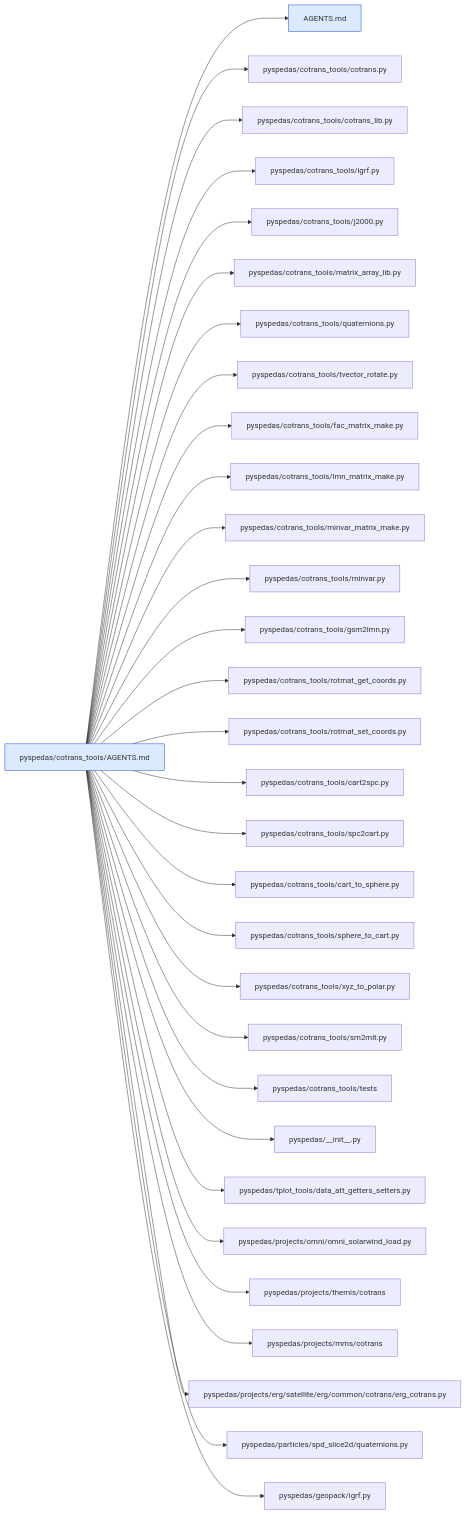
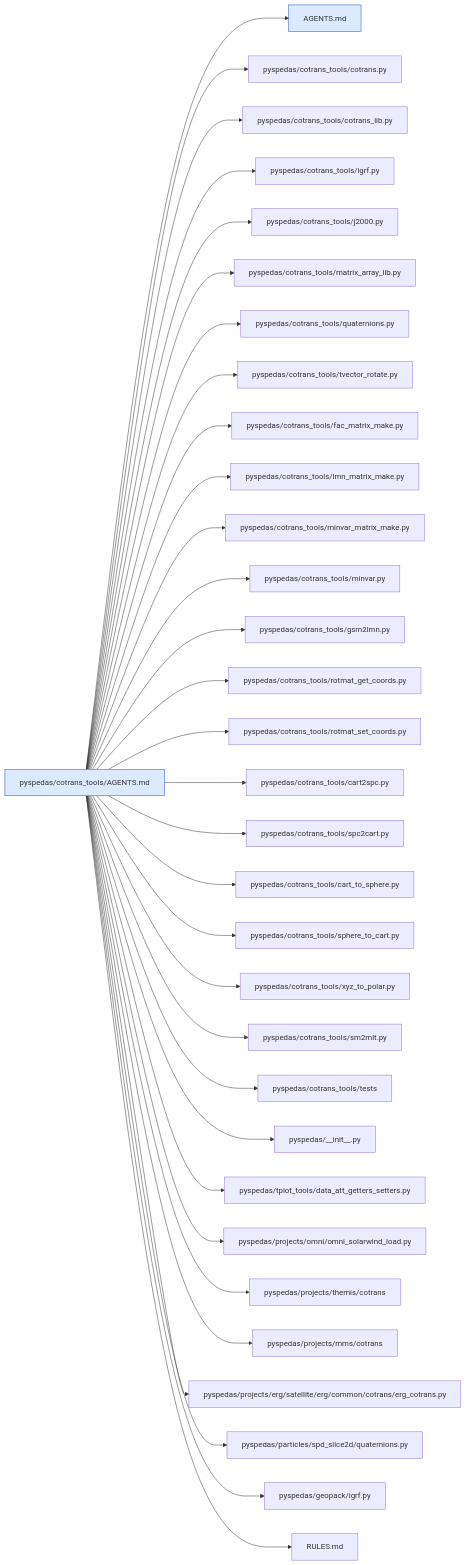
The fifth of 44 diagrams in .agents/map/MAP.md (spedas/pyspedas), drawn with Mermaid before and after one commit. The commit also changed other lines of this file and 75 other files, not shown here.

````diff
--- a/.agents/map/MAP.md
+++ b/.agents/map/MAP.md
@@ -311,36 +324,37 @@
 ```mermaid
 graph LR
   classDef agents fill:#dbeafe,stroke:#1d4ed8
   classDef missing fill:#fee2e2,stroke:#b91c1c,stroke-dasharray:4
   self["pyspedas/cotrans_tools/AGENTS.md"]:::agents
   self --> r0["AGENTS.md"]:::agents
   self --> r1["pyspedas/cotrans_tools/cotrans.py"]
   self --> r2["pyspedas/cotrans_tools/cotrans_lib.py"]
   self --> r3["pyspedas/cotrans_tools/igrf.py"]
   self --> r4["pyspedas/cotrans_tools/j2000.py"]
   self --> r5["pyspedas/cotrans_tools/matrix_array_lib.py"]
   self --> r6["pyspedas/cotrans_tools/quaternions.py"]
   self --> r7["pyspedas/cotrans_tools/tvector_rotate.py"]
   self --> r8["pyspedas/cotrans_tools/fac_matrix_make.py"]
   self --> r9["pyspedas/cotrans_tools/lmn_matrix_make.py"]
   self --> r10["pyspedas/cotrans_tools/minvar_matrix_make.py"]
   self --> r11["pyspedas/cotrans_tools/minvar.py"]
   self --> r12["pyspedas/cotrans_tools/gsm2lmn.py"]
   self --> r13["pyspedas/cotrans_tools/rotmat_get_coords.py"]
   self --> r14["pyspedas/cotrans_tools/rotmat_set_coords.py"]
   self --> r15["pyspedas/cotrans_tools/cart2spc.py"]
   self --> r16["pyspedas/cotrans_tools/spc2cart.py"]
   self --> r17["pyspedas/cotrans_tools/cart_to_sphere.py"]
   self --> r18["pyspedas/cotrans_tools/sphere_to_cart.py"]
   self --> r19["pyspedas/cotrans_tools/xyz_to_polar.py"]
   self --> r20["pyspedas/cotrans_tools/sm2mlt.py"]
   self --> r21["pyspedas/cotrans_tools/tests"]
   self --> r22["pyspedas/__init__.py"]
   self --> r23["pyspedas/tplot_tools/data_att_getters_setters.py"]
   self --> r24["pyspedas/projects/omni/omni_solarwind_load.py"]
   self --> r25["pyspedas/projects/themis/cotrans"]
   self --> r26["pyspedas/projects/mms/cotrans"]
   self --> r27["pyspedas/projects/erg/satellite/erg/common/cotrans/erg_cotrans.py"]
   self --> r28["pyspedas/particles/spd_slice2d/quaternions.py"]
   self --> r29["pyspedas/geopack/igrf.py"]
+  self --> r30["RULES.md"]
 ```
````
